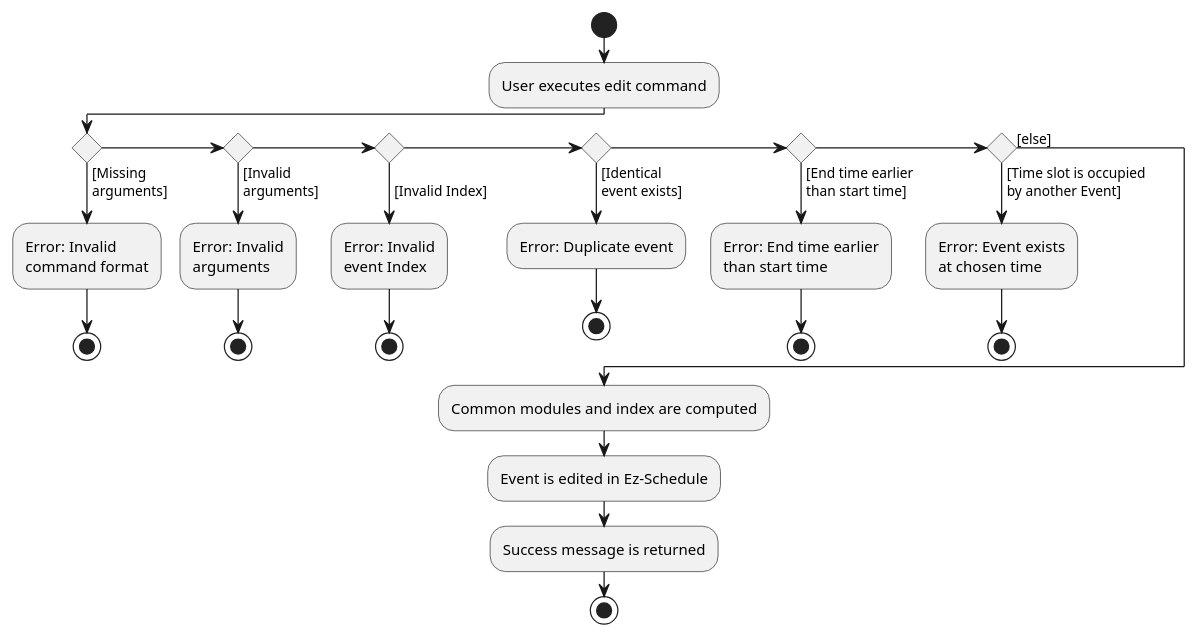
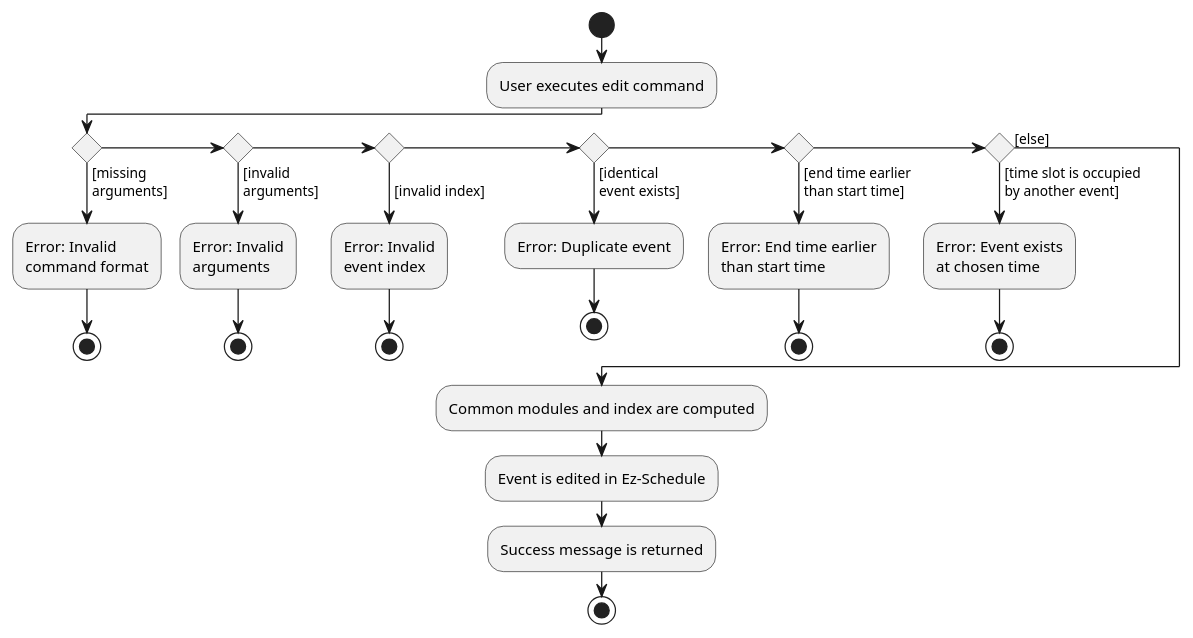
Before and after one commit to nus-cs2103-AY2223S2/tp: the diagram in docs/diagrams/EditCommandActivityDiagram.puml, drawn with PlantUML. The commit also changed 2 other files, not shown here.

Commit message:
Add delete command activity diagram

```diff
--- a/docs/diagrams/EditCommandActivityDiagram.puml
+++ b/docs/diagrams/EditCommandActivityDiagram.puml
@@ -1,43 +1,43 @@
 @startuml
 start
 :User executes edit command;
 
 'Since the beta syntax does not support placing the condition outside the
 'diamond we place it as the true branch instead.
 
-if () then ([Missing
+if () then ([missing
 arguments])
     :Error: Invalid
     command format;
 stop
-else if () then ([Invalid
+else if () then ([invalid
 arguments])
     :Error: Invalid
     arguments;
 stop
 else if () then (
-[Invalid Index])
+[invalid index])
     :Error: Invalid
-    event Index;
+    event index;
 stop
-else if () then ([Identical
+else if () then ([identical
 event exists])
     :Error: Duplicate event;
 stop
-else if () then ([End time earlier
+else if () then ([end time earlier
 than start time])
     :Error: End time earlier
     than start time;
 stop
-else if () then ([Time slot is occupied
-by another Event])
+else if () then ([time slot is occupied
+by another event])
     :Error: Event exists
     at chosen time;
 stop
 else ([else])
 endif
     :Common modules and index are computed;
     :Event is edited in Ez-Schedule;
     :Success message is returned;
 stop
 @enduml
```
